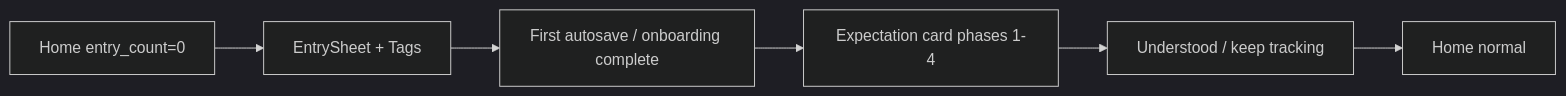
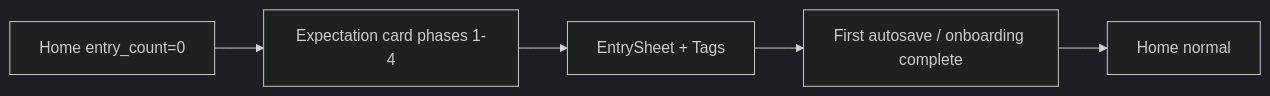
Before and after one commit to Sturmi77/correlcore: the diagram in docs/frontend/ONBOARDING_MATURITY_EXPECTATION_CARD.md, drawn with Mermaid (dark theme). The commit also changed other lines of this file and 12 other files, not shown here.

First line of the commit message:
fix(onboarding): show maturity card before tag selection

````diff
--- a/docs/frontend/ONBOARDING_MATURITY_EXPECTATION_CARD.md
+++ b/docs/frontend/ONBOARDING_MATURITY_EXPECTATION_CARD.md
@@ -28,8 +29,7 @@
 ```mermaid
 flowchart LR
-  Home["Home entry_count=0"] --> Sheet["EntrySheet + Tags"]
-  Sheet --> Save["First autosave / onboarding complete"]
-  Save --> Card["Expectation card phases 1-4"]
-  Card --> Dismiss["Understood / keep tracking"]
-  Dismiss --> Home2["Home normal"]
+  Home["Home entry_count=0"] --> Card["Expectation card phases 1-4"]
+  Card --> Tags["EntrySheet + Tags"]
+  Tags --> Save["First autosave / onboarding complete"]
+  Save --> Home2["Home normal"]
 ```
````
